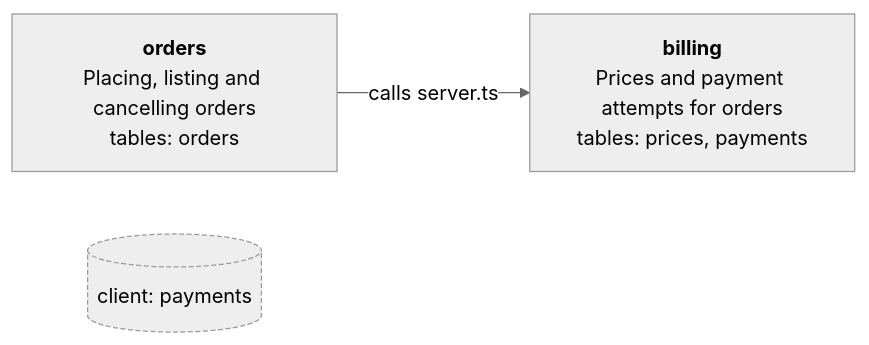
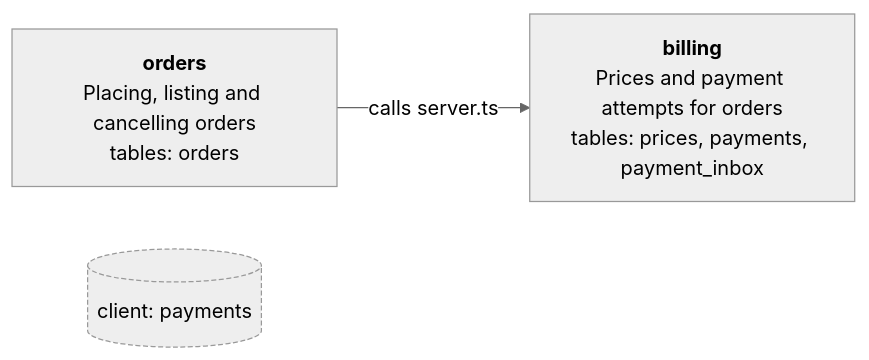
Before and after one commit to cdudek/blueprints: the diagram in nextjs/template/docs/architecture.md, drawn with Mermaid (neutral theme). The commit also changed 10 other files, not shown here.

First line of the commit message:
docs(nextjs): ARCHITECTURE.md, READMEs, module generator, worked slice

````diff
--- a/nextjs/template/docs/architecture.md
+++ b/nextjs/template/docs/architecture.md
@@ -11,8 +11,8 @@
 ```mermaid
 flowchart LR
   orders["<b>orders</b><br/>Placing, listing and cancelling orders<br/>tables: orders"]
-  billing["<b>billing</b><br/>Prices and payment attempts for orders<br/>tables: prices, payments"]
+  billing["<b>billing</b><br/>Prices and payment attempts for orders<br/>tables: prices, payments, payment_inbox"]
   orders -->|calls server.ts| billing
   client_payments[("client: payments")]:::port
   classDef port stroke-dasharray: 4 2
 ```
````
